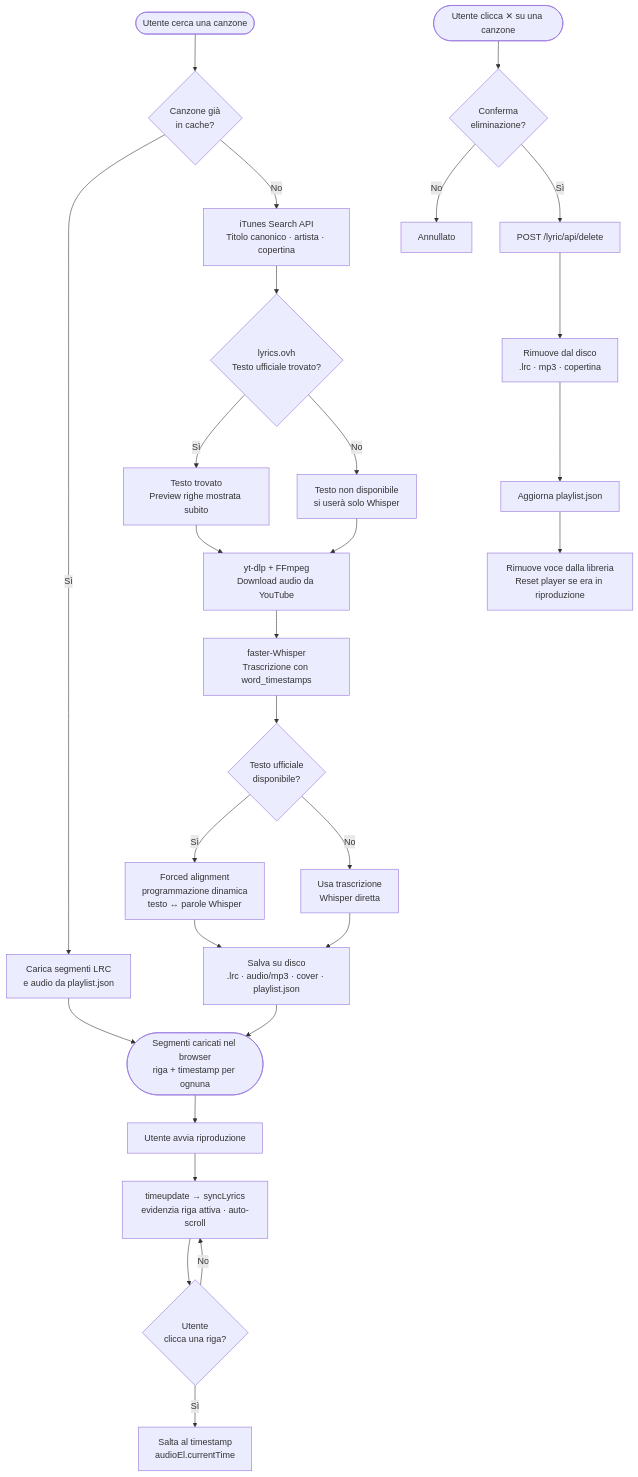
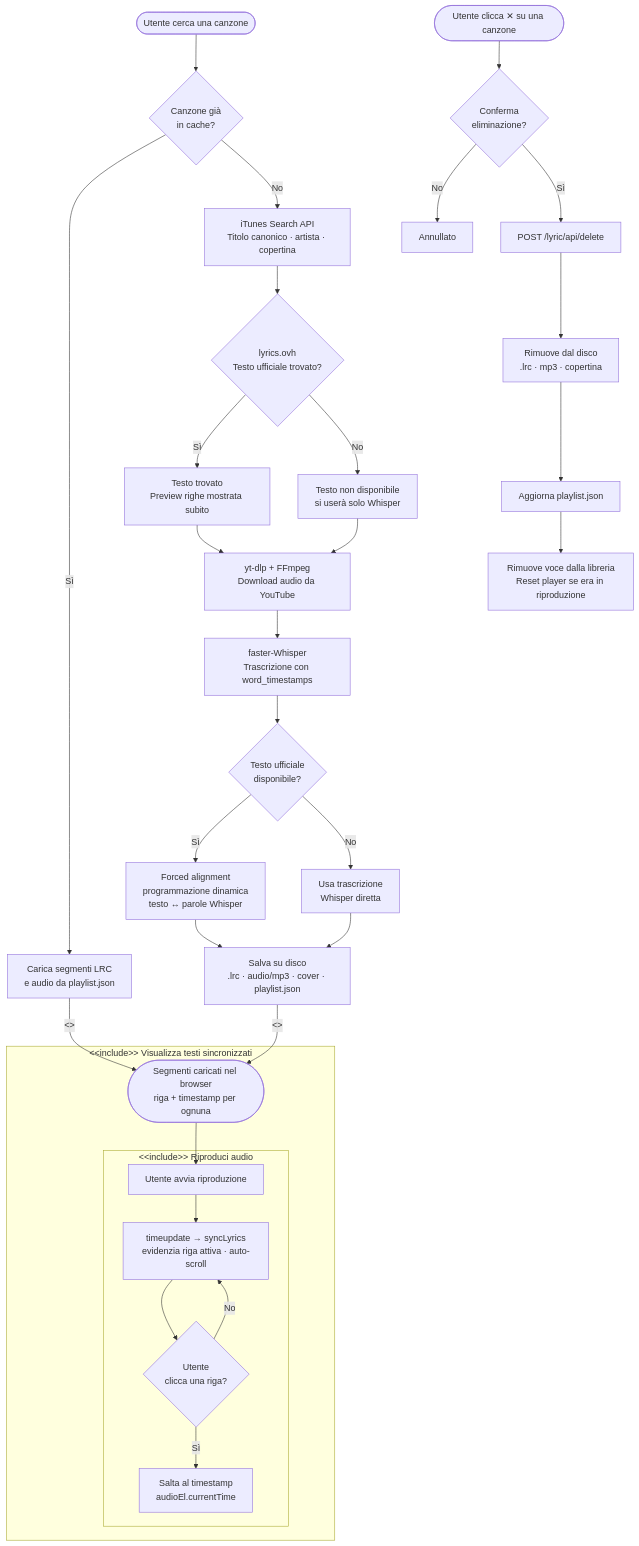
One commit to AlbertoBruscoliniMain/RaxeusAI changed the third of 4 diagrams in REQUISITI_PROGETTO.md. Above: the diagram before and after it, drawn with Mermaid. The commit also changed other lines of this file, not shown here.

Commit message:
Requisiti: include/extend aggiunti nei diagrammi di flusso 6.5 e 6.6

````diff
--- a/REQUISITI_PROGETTO.md
+++ b/REQUISITI_PROGETTO.md
@@ -347,38 +356,48 @@
 ```mermaid
 flowchart TD
     START([Utente cerca una canzone]) --> CACHE{Canzone già\nin cache?}
 
     CACHE -->|Sì| HIT[Carica segmenti LRC\ne audio da playlist.json]
-    HIT --> PLAYER
-
     CACHE -->|No| IT[iTunes Search API\nTitolo canonico · artista · copertina]
     IT --> LY{lyrics.ovh\nTesto ufficiale trovato?}
 
     LY -->|Sì| LP[Testo trovato\nPreview righe mostrata subito]
     LY -->|No| LN[Testo non disponibile\nsi userà solo Whisper]
 
     LP & LN --> DL[yt-dlp + FFmpeg\nDownload audio da YouTube]
     DL --> WH[faster-Whisper\nTrascrizione con word_timestamps]
 
     WH --> ALIGN{Testo ufficiale\ndisponibile?}
     ALIGN -->|Sì| FA[Forced alignment\nprogrammazione dinamica\ntesto ↔ parole Whisper]
     ALIGN -->|No| WT[Usa trascrizione\nWhisper diretta]
 
     FA & WT --> SAVE[Salva su disco\n.lrc · audio/mp3 · cover · playlist.json]
-    SAVE --> PLAYER
 
-    PLAYER([Segmenti caricati nel browser\nriga + timestamp per ognuna])
-    PLAYER --> PLAY[Utente avvia riproduzione]
-    PLAY --> SYNC[timeupdate → syncLyrics\nevidenzia riga attiva · auto-scroll]
-    SYNC --> SEEK{Utente\nclicca una riga?}
-    SEEK -->|Sì| JMP[Salta al timestamp\naudioEl.currentTime]
-    SEEK -->|No| SYNC
+    SAVE -->|"<<include>>"| PLAYER
+    HIT -->|"<<include>>"| PLAYER
+
+    subgraph INC_VIS["&lt;&lt;include&gt;&gt;  Visualizza testi sincronizzati"]
+        PLAYER([Segmenti caricati nel browser\nriga + timestamp per ognuna])
+
+        subgraph INC_PLAY["&lt;&lt;include&gt;&gt;  Riproduci audio"]
+            PLAY[Utente avvia riproduzione]
+            SYNC[timeupdate → syncLyrics\nevidenzia riga attiva · auto-scroll]
+            SEEK{Utente\nclicca una riga?}
+            JMP[Salta al timestamp\naudioEl.currentTime]
+            PLAY --> SYNC
+            SYNC --> SEEK
+            SEEK -->|Sì| JMP
+            SEEK -->|No| SYNC
+        end
+
+        PLAYER --> PLAY
+    end
 
     %% ── Elimina canzone dalla cache ─────────────────
     DEL([Utente clicca ✕ su una canzone]) --> CONF{Conferma\neliminazione?}
     CONF -->|No| CANCEL[Annullato]
     CONF -->|Sì| DAPI[POST /lyric/api/delete]
     DAPI --> DFILES[Rimuove dal disco\n.lrc · mp3 · copertina]
     DFILES --> DJSON[Aggiorna playlist.json]
     DJSON --> DUI[Rimuove voce dalla libreria\nReset player se era in riproduzione]
 ```
````
